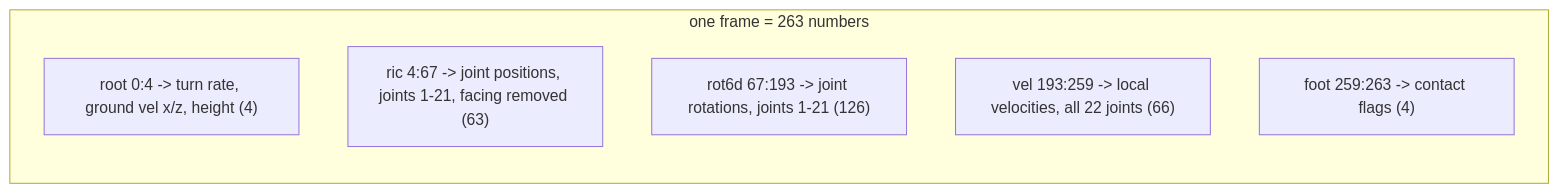
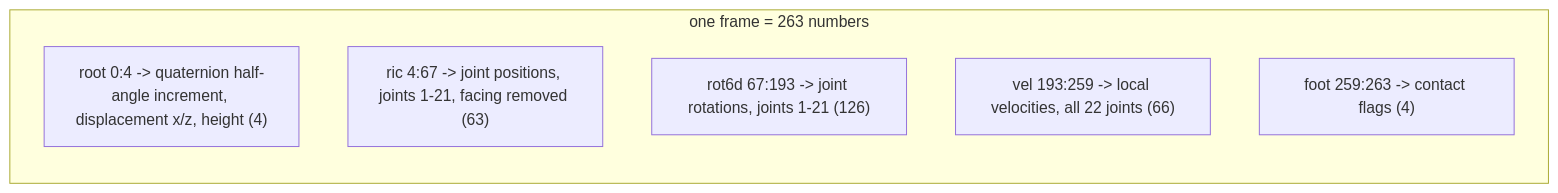
One commit to CatalinButacu/GenAI-Text2Motion changed the first of 2 diagrams in doc/notes/lessons/03-opening-the-263-vector.md. Above: the diagram before and after it, drawn with Mermaid. The commit also changed other lines of this file and 24 other files, not shown here.

````diff
--- a/doc/notes/lessons/03-opening-the-263-vector.md
+++ b/doc/notes/lessons/03-opening-the-263-vector.md
@@ -9,11 +9,11 @@
 ```mermaid
 flowchart TB
   subgraph FR["one frame = 263 numbers"]
     direction TB
-    R["root 0:4 -> turn rate, ground vel x/z, height (4)"]
+    R["root 0:4 -> quaternion half-angle increment, displacement x/z, height (4)"]
     RIC["ric 4:67 -> joint positions, joints 1-21, facing removed (63)"]
     ROT["rot6d 67:193 -> joint rotations, joints 1-21 (126)"]
     VEL["vel 193:259 -> local velocities, all 22 joints (66)"]
     FC["foot 259:263 -> contact flags (4)"]
   end
 ```
````
